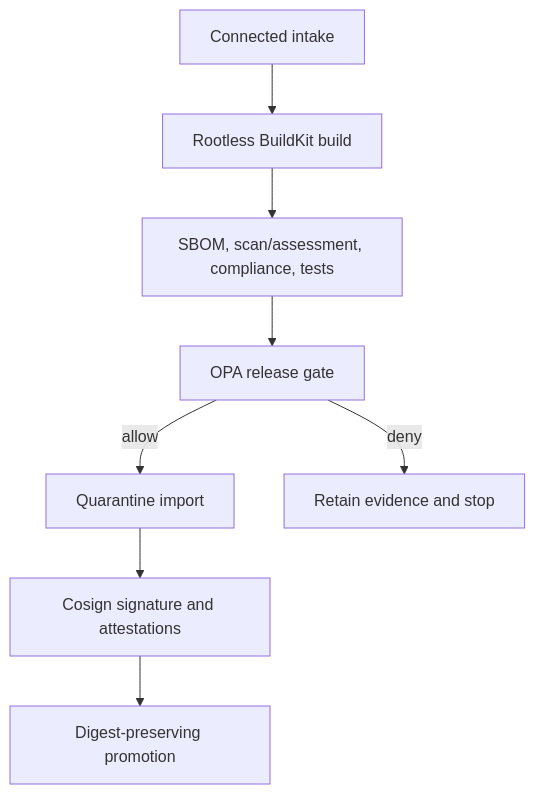
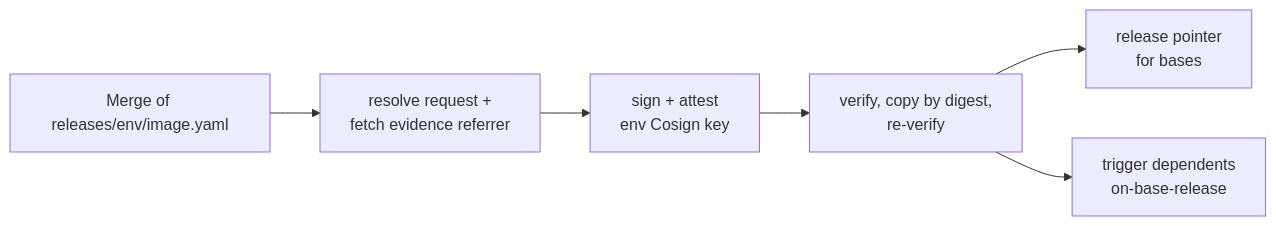
One commit to shamuraix/image-hardening-factory-starter changed the second of 3 diagrams in docs/architecture.md. Above: the diagram before and after it, drawn with Mermaid. The commit also changed other lines of this file and 146 other files, not shown here.

````diff
--- a/docs/architecture.md
+++ b/docs/architecture.md
@@ -15,10 +60,8 @@
 ```mermaid
-flowchart TD
-    Intake[Connected intake] --> Build[Rootless BuildKit build]
-    Build --> Evidence[SBOM, scan/assessment, compliance, tests]
-    Evidence --> Gate[OPA release gate]
-    Gate -->|allow| Import[Quarantine import]
-    Gate -->|deny| Stop[Retain evidence and stop]
-    Import --> Sign[Cosign signature and attestations]
-    Sign --> Promote[Digest-preserving promotion]
+flowchart LR
+    merge[Merge of releases/env/image.yaml] --> resolve[resolve request +<br/>fetch evidence referrer]
+    resolve --> attest[sign + attest<br/>env Cosign key]
+    attest --> promote[verify, copy by digest,<br/>re-verify]
+    promote --> pointer[release pointer<br/>for bases]
+    promote --> dependents[trigger dependents<br/>on-base-release]
 ```
````
